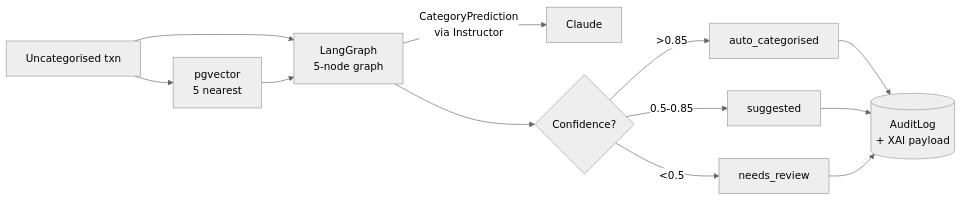
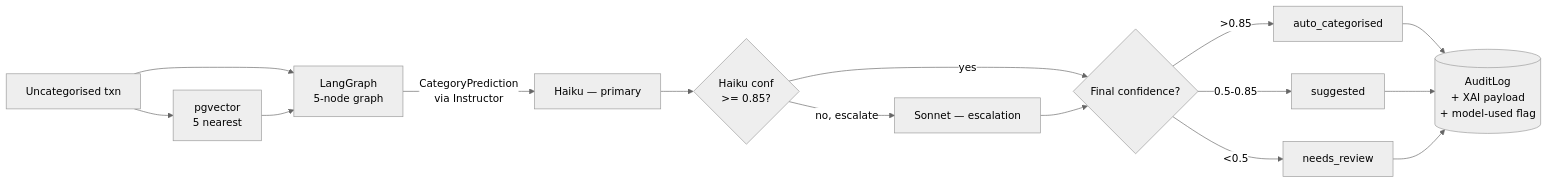
Before and after one commit to rajo69/agentic-ai-accounting: the third of 3 diagrams in PORTFOLIO.md, drawn with Mermaid (neutral theme). The commit also changed other lines of this file and 2 other files, not shown here.

````diff
--- a/PORTFOLIO.md
+++ b/PORTFOLIO.md
@@ -163,14 +171,17 @@
 ```mermaid
 flowchart LR
     TX[Uncategorised txn] --> pgv[pgvector<br/>5 nearest]
     TX --> Agent[LangGraph<br/>5-node graph]
     pgv --> Agent
-    Agent -->|CategoryPrediction<br/>via Instructor| Claude
-    Agent --> Conf{Confidence?}
+    Agent -->|CategoryPrediction<br/>via Instructor| H[Haiku — primary]
+    H --> Gate{Haiku conf<br/>>= 0.85?}
+    Gate -->|yes| Conf{Final confidence?}
+    Gate -->|no, escalate| S[Sonnet — escalation]
+    S --> Conf
     Conf -->|>0.85| Auto[auto_categorised]
     Conf -->|0.5-0.85| Sugg[suggested]
     Conf -->|<0.5| Rev[needs_review]
-    Auto --> Audit[(AuditLog<br/>+ XAI payload)]
+    Auto --> Audit[(AuditLog<br/>+ XAI payload<br/>+ model-used flag)]
     Sugg --> Audit
     Rev --> Audit
 ```
````
